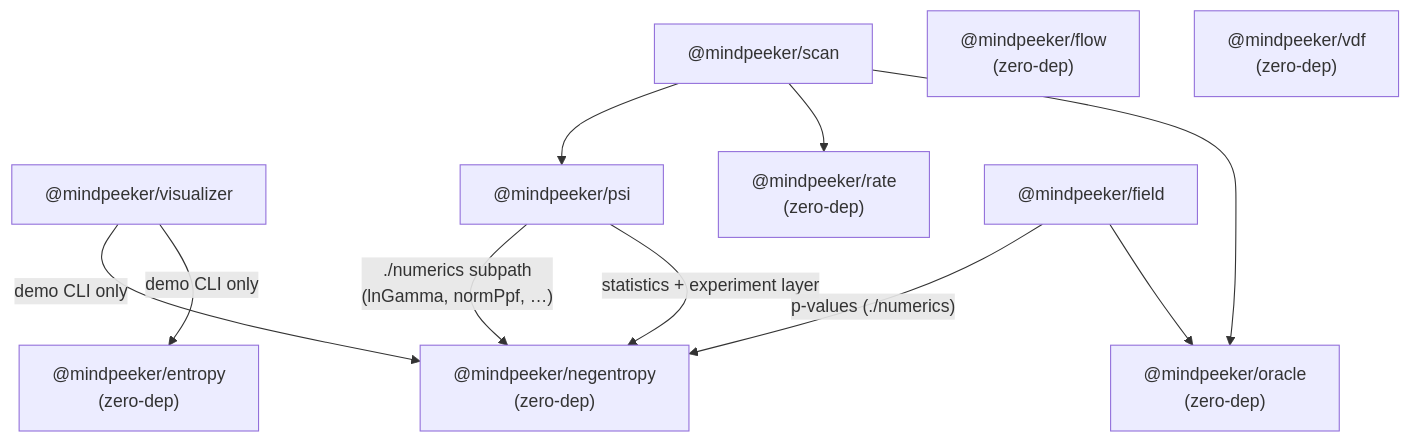
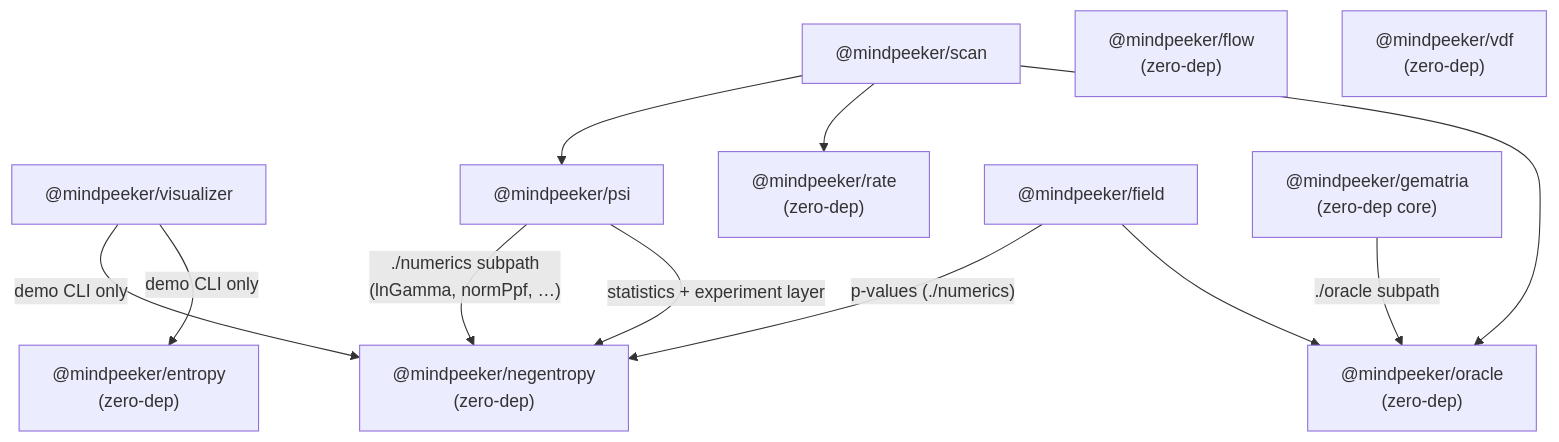
Before and after one commit to Polobase/mindpeeker-sdk: the diagram in README.md, drawn with Mermaid. The commit also changed other lines of this file and 1 other file, not shown here.

First line of the commit message:
docs(readme): document @mindpeeker/gematria — 41 ciphers incl. Plichta's prime cross

````diff
--- a/README.md
+++ b/README.md
@@ -35,14 +38,15 @@
 ```mermaid
 graph TD
   visualizer["@mindpeeker/visualizer"] -- "demo CLI only" --> entropy["@mindpeeker/entropy<br/>(zero-dep)"]
   visualizer -- "demo CLI only" --> negentropy["@mindpeeker/negentropy<br/>(zero-dep)"]
   psi["@mindpeeker/psi"] -- "statistics + experiment layer" --> negentropy
   psi -- "./numerics subpath<br/>(lnGamma, normPpf, …)" --> negentropy
   scan["@mindpeeker/scan"] --> oracle["@mindpeeker/oracle<br/>(zero-dep)"]
   scan --> rate["@mindpeeker/rate<br/>(zero-dep)"]
   scan --> psi
   field["@mindpeeker/field"] --> oracle
   field -- "p-values (./numerics)" --> negentropy
+  gematria["@mindpeeker/gematria<br/>(zero-dep core)"] -- "./oracle subpath" --> oracle
   flow["@mindpeeker/flow<br/>(zero-dep)"]
   vdf["@mindpeeker/vdf<br/>(zero-dep)"]
 ```
````
